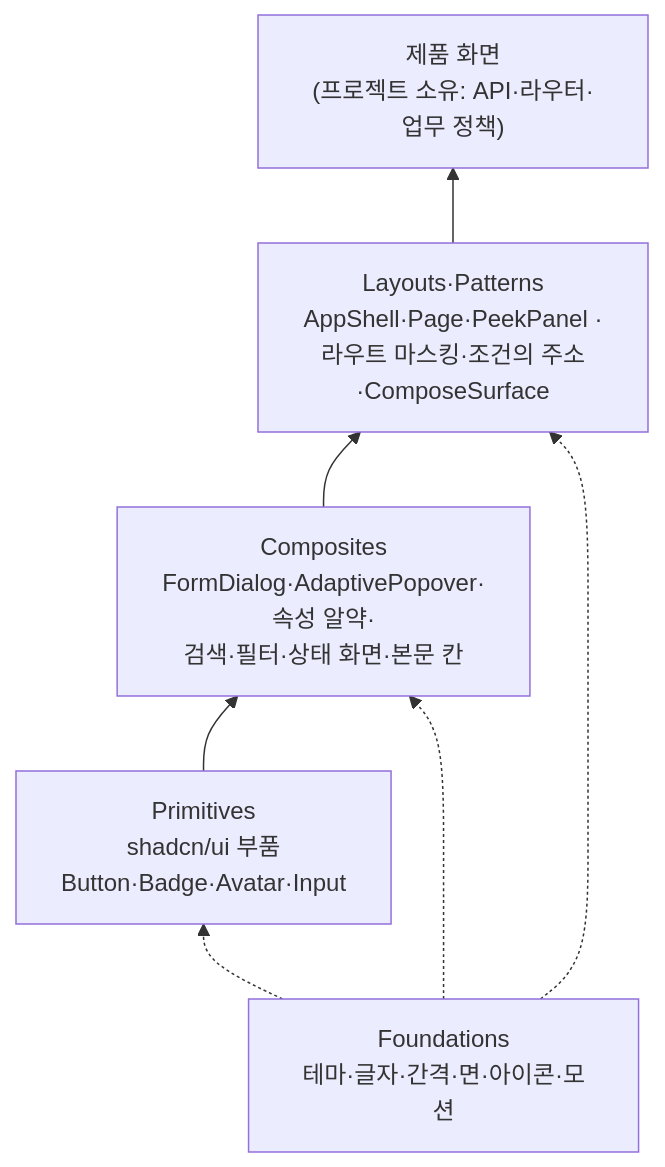
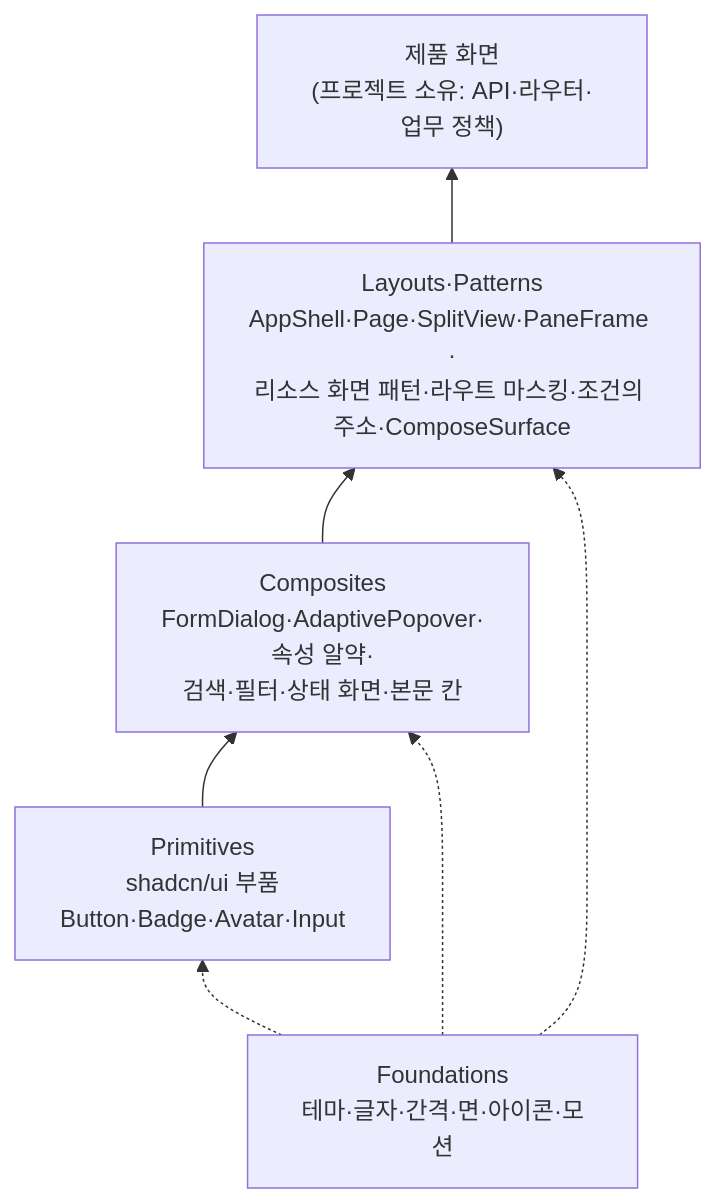
The first of 2 diagrams in apps/site/content/architecture/8-8.mdx (dev-goraebap/dev.goraebap), drawn with Mermaid before and after one commit. The commit also changed 745 other files, not shown here.

````diff
--- a/apps/site/content/architecture/8-8.mdx
+++ b/apps/site/content/architecture/8-8.mdx
@@ -14,12 +14,12 @@
 ```mermaid
 flowchart BT
   PRIM["Primitives<br/>shadcn/ui 부품<br/>Button·Badge·Avatar·Input"]
   COMP["Composites<br/>FormDialog·AdaptivePopover·속성 알약·<br/>검색·필터·상태 화면·본문 칸"]
-  LAY["Layouts·Patterns<br/>AppShell·Page·PeekPanel ·<br/>라우트 마스킹·조건의 주소·ComposeSurface"]
+  LAY["Layouts·Patterns<br/>AppShell·Page·SplitView·PaneFrame ·<br/>리소스 화면 패턴·라우트 마스킹·조건의 주소·ComposeSurface"]
   SCREEN["제품 화면<br/>(프로젝트 소유: API·라우터·업무 정책)"]
   FOUND["Foundations<br/>테마·글자·간격·면·아이콘·모션"]
   PRIM --> COMP --> LAY --> SCREEN
   FOUND -.-> PRIM
   FOUND -.-> COMP
   FOUND -.-> LAY
 ```
````
